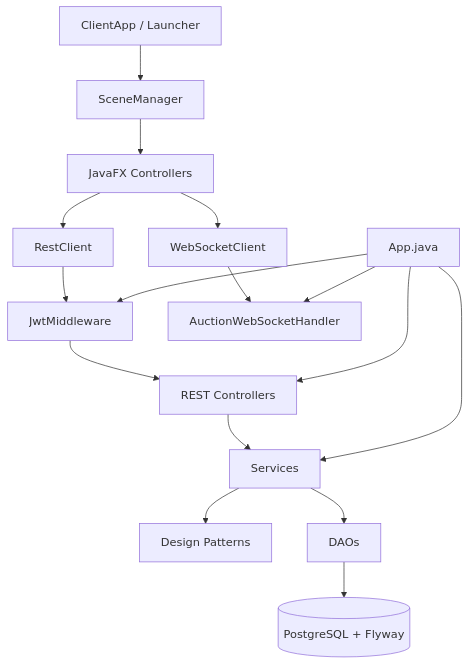
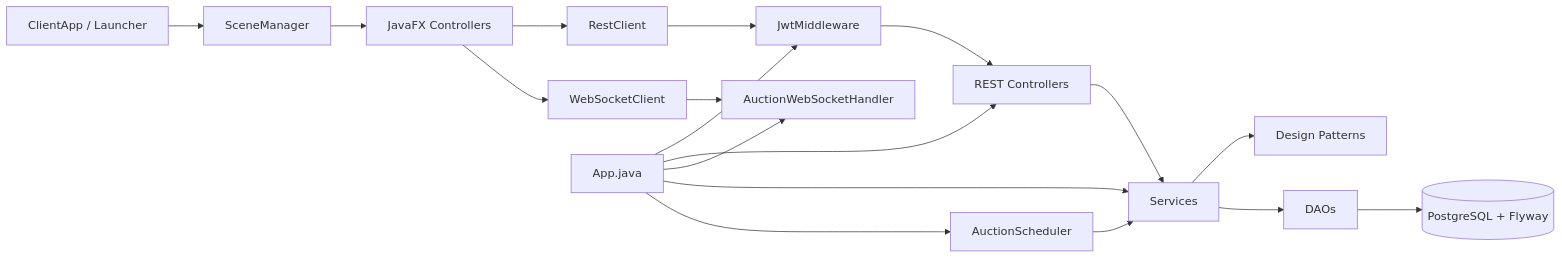
One commit to kieran-labs/oop-course-project-uet changed the first of 7 diagrams in README.md. Above: the diagram before and after it, drawn with Mermaid. The commit also changed other lines of this file, not shown here.

Commit message:
docs: rotate diagrams to left-to-right tree layout

````diff
--- a/README.md
+++ b/README.md
@@ -130,32 +115,23 @@
 ```mermaid
-flowchart TD
-    ClientApp["ClientApp / Launcher"]
-    SceneManager["SceneManager"]
-    UiControllers["JavaFX Controllers"]
-    RestClient["RestClient"]
-    WebSocketClient["WebSocketClient"]
-    App["App.java"]
-    JwtMiddleware["JwtMiddleware"]
-    Controllers["REST Controllers"]
-    WsHandler["AuctionWebSocketHandler"]
-    Services["Services"]
-    Patterns["Design Patterns"]
-    Daos["DAOs"]
-    Database[("PostgreSQL + Flyway")]
+flowchart LR
+    ClientApp["ClientApp / Launcher"] --> SceneManager["SceneManager"]
+    SceneManager --> UiControllers["JavaFX Controllers"]
+    UiControllers --> RestClient["RestClient"]
+    UiControllers --> WebSocketClient["WebSocketClient"]
 
-    ClientApp --> SceneManager
-    SceneManager --> UiControllers
-    UiControllers --> RestClient
-    UiControllers --> WebSocketClient
-    RestClient --> JwtMiddleware
-    WebSocketClient --> WsHandler
-    App --> JwtMiddleware
+    RestClient --> JwtMiddleware["JwtMiddleware"]
+    WebSocketClient --> WsHandler["AuctionWebSocketHandler"]
+
+    App["App.java"] --> JwtMiddleware
+    App --> Controllers["REST Controllers"]
+    App --> WsHandler
+    App --> Services["Services"]
+    App --> Scheduler["AuctionScheduler"]
+
     JwtMiddleware --> Controllers
-    App --> Controllers
-    App --> WsHandler
     Controllers --> Services
-    App --> Services
-    Services --> Patterns
-    Services --> Daos
-    Daos --> Database
+    Scheduler --> Services
+    Services --> Patterns["Design Patterns"]
+    Services --> Daos["DAOs"]
+    Daos --> Database[("PostgreSQL + Flyway")]
 ```
````
